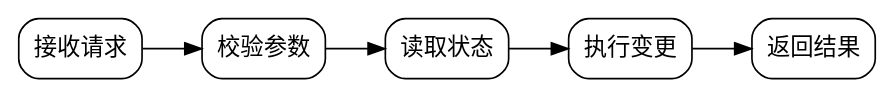
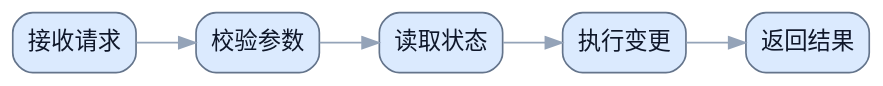
One commit to terencefan/inority-workspace changed the second of 5 diagrams in skills/draw-dot/references/patterns.md. Above: the diagram before and after it, drawn with Graphviz. The commit also changed other lines of this file and 28 other files, not shown here.

````diff
--- a/skills/draw-dot/references/patterns.md
+++ b/skills/draw-dot/references/patterns.md
@@ -46,15 +52,15 @@
 ```dot
 digraph G {
-  graph [fontname="Noto Sans CJK SC", rankdir=LR];
-  node [fontname="Noto Sans CJK SC", shape=box, style="rounded"];
-  edge [fontname="Noto Sans CJK SC"];
+  graph [fontname="Noto Sans CJK SC", rankdir=LR, bgcolor="transparent"];
+  node [fontname="Noto Sans CJK SC", shape=box, style="rounded,filled", color="#64748b", fontcolor="#0f172a", fillcolor="#dbeafe"];
+  edge [fontname="Noto Sans CJK SC", color="#94a3b8", fontcolor="#94a3b8"];
 
   step_1 [label="接收请求"];
   step_2 [label="校验参数"];
   step_3 [label="读取状态"];
   step_4 [label="执行变更"];
   step_5 [label="返回结果"];
 
   step_1 -> step_2 -> step_3 -> step_4 -> step_5;
 }
 ```
````
